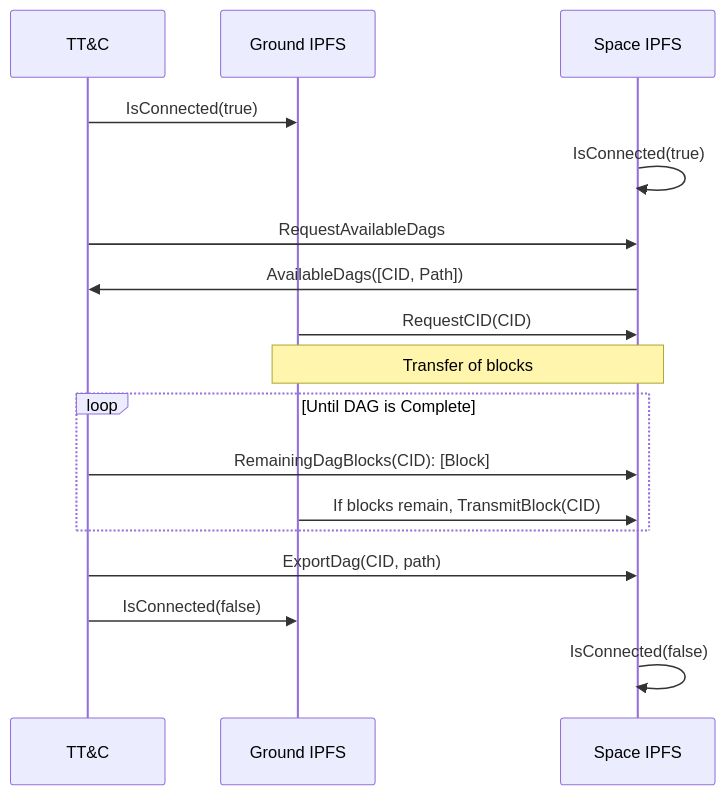
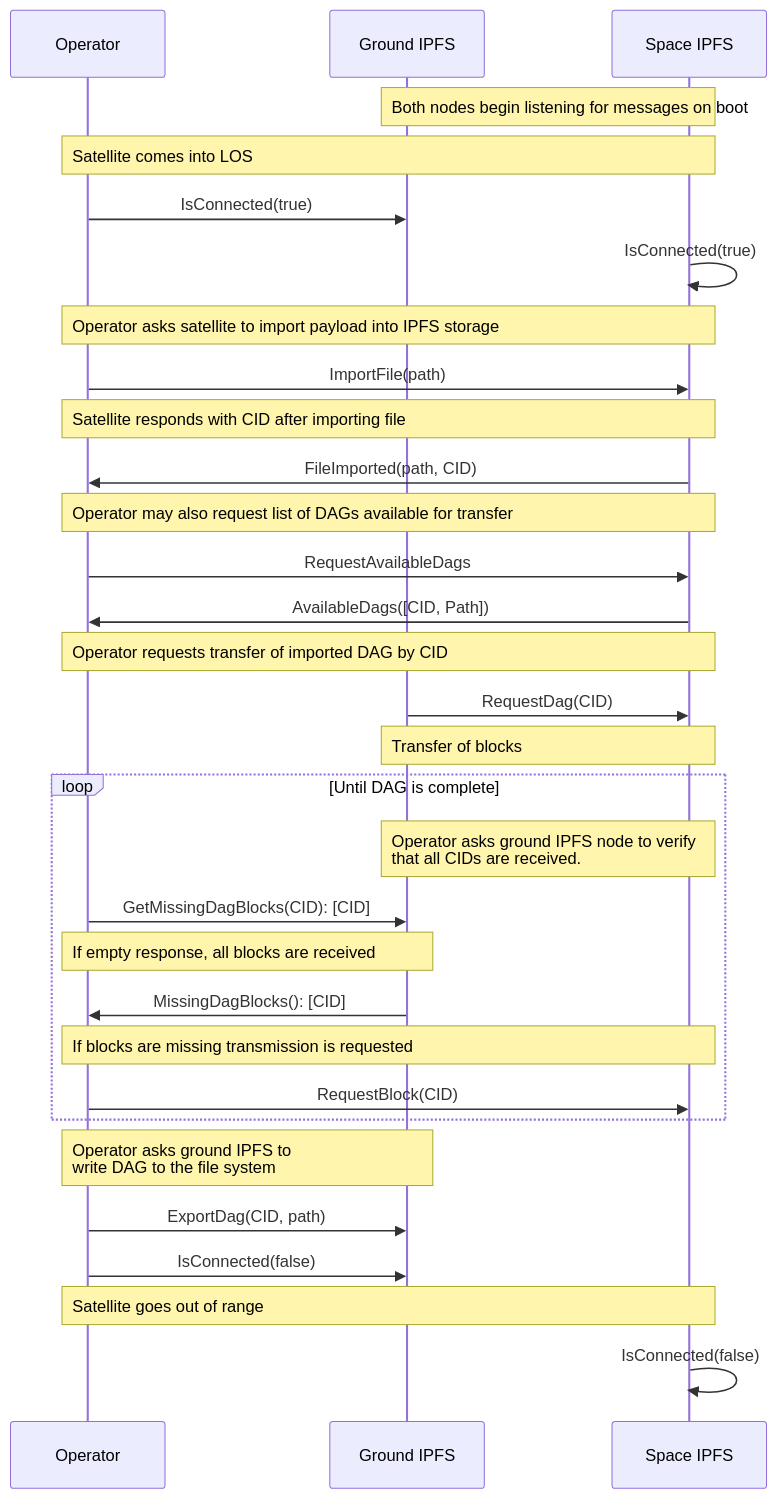
The third of 3 diagrams in README.md (ipfs-shipyard/space), drawn with Mermaid before and after one commit. The commit also changed other lines of this file and 4 other files, not shown here.

Commit message:
Updated API messages and control diagrams

````diff
--- a/README.md
+++ b/README.md
@@ -149,19 +156,35 @@
 ```mermaid
+%%{init: { "sequence": { "noteAlign": "left"} } }%%
+
 sequenceDiagram
-    participant T as TT&C
+    participant O as Operator
     participant G as Ground IPFS
     participant S as Space IPFS
-    T->>G: IsConnected(true)
+    Note over G,S: Both nodes begin listening for messages on boot
+    Note over O,S: Satellite comes into LOS
+    O->>G: IsConnected(true)
     S->>S: IsConnected(true)
-    T->>S: RequestAvailableDags
-    S->>T: AvailableDags([CID, Path])
-    G->>S: RequestCID(CID)
+    Note over O,S: Operator asks satellite to import payload into IPFS storage
+    O->>S: ImportFile(path)
+    Note over O,S: Satellite responds with CID after importing file
+    S->>O: FileImported(path, CID)
+    Note over O,S: Operator may also request list of DAGs available for transfer
+    O->>S: RequestAvailableDags
+    S->>O: AvailableDags([CID, Path])
+    Note over O,S: Operator requests transfer of imported DAG by CID
+    G->>S: RequestDag(CID)
     Note over G, S: Transfer of blocks
-    loop Until DAG is Complete
-        T->>S: RemainingDagBlocks(CID): [Block]
-        G->>S: If blocks remain, TransmitBlock(CID)
+    loop Until DAG is complete
+        Note over G,S: Operator asks ground IPFS node to verify <br/> that all CIDs are received.
+        O->>G: GetMissingDagBlocks(CID): [CID] 
+        Note over O,G: If empty response, all blocks are received
+        G->>O: MissingDagBlocks(): [CID]
+        Note over O,S: If blocks are missing transmission is requested
+        O->>S: RequestBlock(CID)
     end
-    T->>S: ExportDag(CID, path)
-    T->>G: IsConnected(false)
+    Note over O,G: Operator asks ground IPFS to <br/> write DAG to the file system
+    O->>G: ExportDag(CID, path)
+    O->>G: IsConnected(false)
+    Note over O,S: Satellite goes out of range
     S->>S: IsConnected(false)
 ```
````
